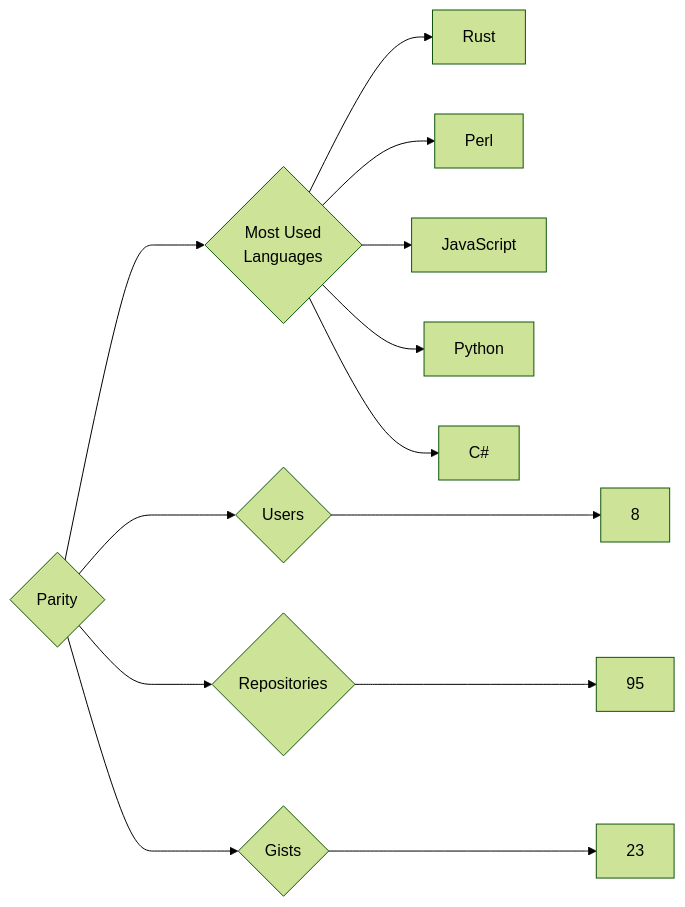
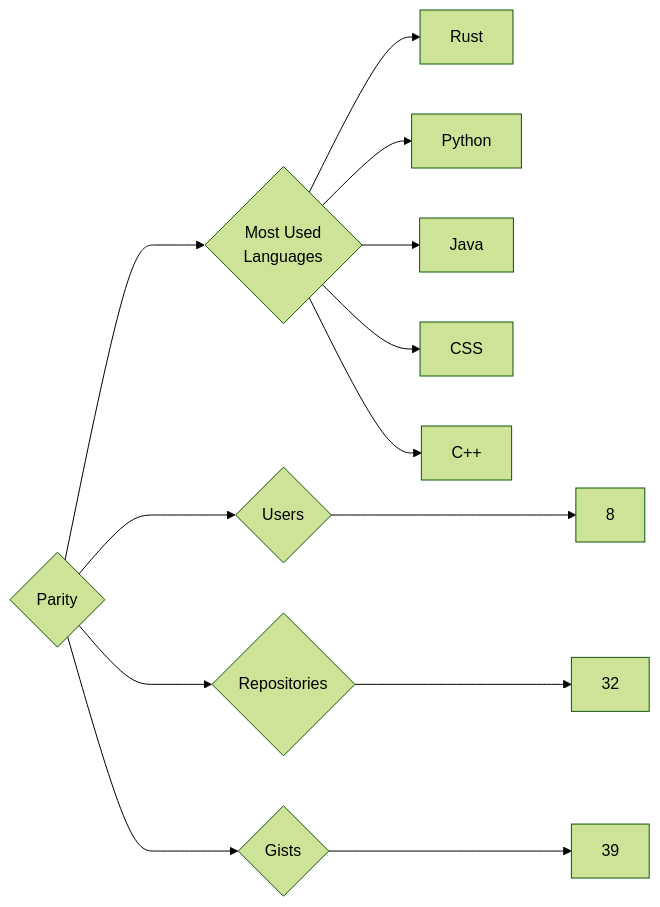
One commit to trickest/insiders changed the diagram in targets/Parity/README.md. Above: the diagram before and after it, drawn with Mermaid (forest theme). The commit also changed 939 other files, not shown here.

````diff
--- a/targets/Parity/README.md
+++ b/targets/Parity/README.md
@@ -3,13 +3,13 @@
 ```mermaid
 graph LR
 COMPANY_NAME{Parity}
 COMPANY_NAME ---> U{Users} ---> UN[8]
-COMPANY_NAME ---> R{Repositories} ---> RN[95]
-COMPANY_NAME ---> G{Gists} ---> GN[23]
+COMPANY_NAME ---> R{Repositories} ---> RN[32]
+COMPANY_NAME ---> G{Gists} ---> GN[39]
 COMPANY_NAME ---> ML{Most Used<br>Languages}
 ML --> Rust[Rust]
-ML --> Perl[Perl]
-ML --> JavaScript[JavaScript]
 ML --> Python[Python]
-ML --> C#[C#]
+ML --> Java[Java]
+ML --> CSS[CSS]
+ML --> C++[C++]
 ```
````
